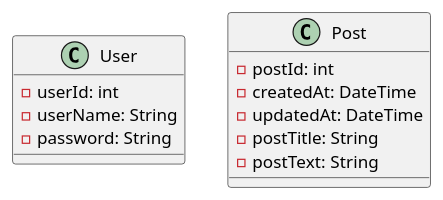
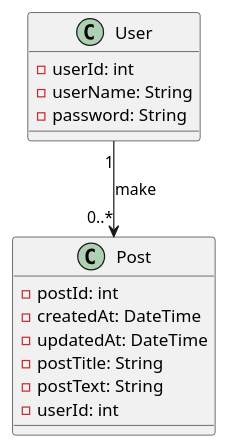
One commit to cs-u-gakugei-ac-jp/techsemi2025 changed the diagram in documents/ClassDiagram.puml. Above: the diagram before and after it, drawn with PlantUML. The commit also changed 8 other files, not shown here.

Commit message:
機能仕様書、クラス図、データベース設計書をシステムに合わせて修正しました。

```diff
--- a/documents/ClassDiagram.puml
+++ b/documents/ClassDiagram.puml
@@ -1,17 +1,20 @@
 @startuml ClassDiagram
   
     class User {
     - userId: int
     - userName: String
     - password: String
     }
 
     class Post {
         - postId: int
         - createdAt: DateTime
         - updatedAt: DateTime
         - postTitle: String
         - postText: String
+        - userId: int
     }
+ 
+    User "1" --> "0..*" Post : make
 
 @enduml
```
